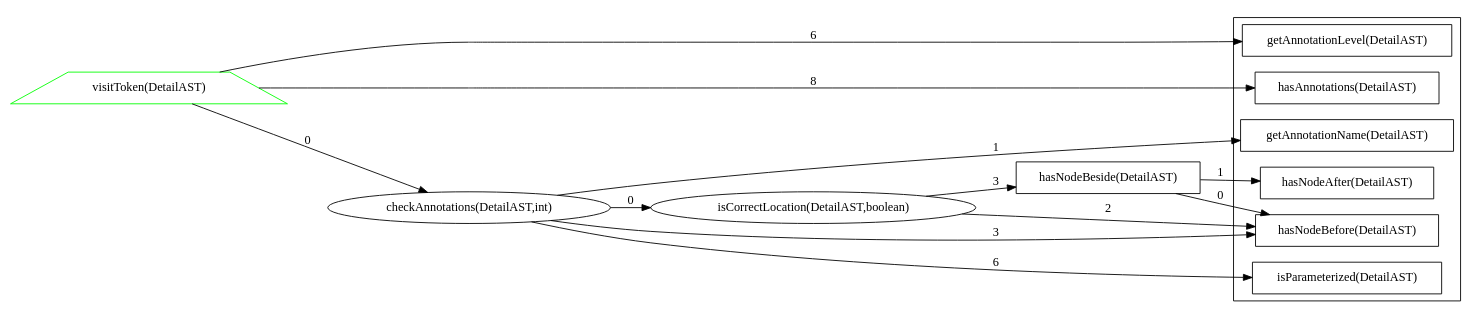
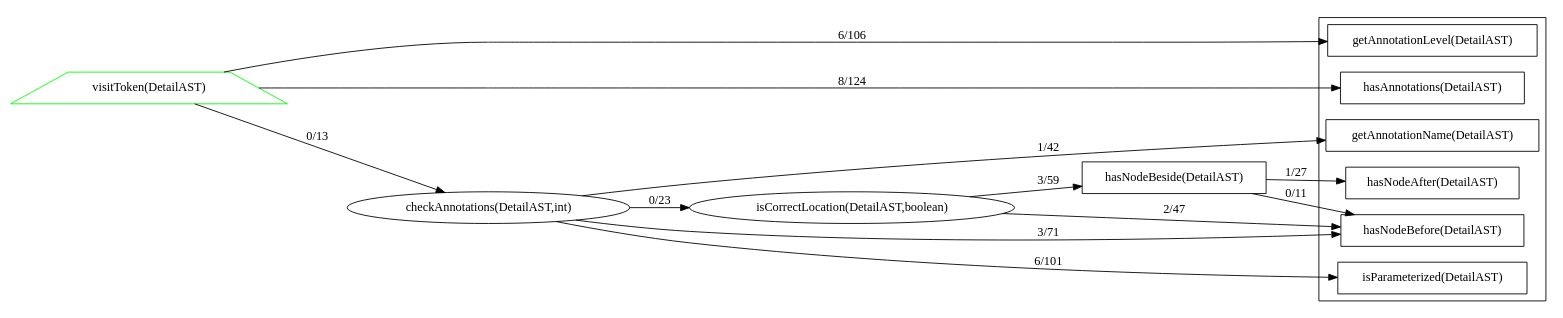
One commit to alex-zuy/alex-zuy.github.io changed the diagram in dot/before_AnnotationLocationCheck.java.dot. Above: the diagram before and after it, drawn with Graphviz. The commit also changed 7 other files, not shown here.

```diff
--- a/dot/before_AnnotationLocationCheck.java.dot
+++ b/dot/before_AnnotationLocationCheck.java.dot
@@ -1,40 +1,40 @@
 digraph dependencies {
 rankdir = "LR";
 subgraph clustersimple {
 "hasNodeBefore(DetailAST)" [ color="#000000ff" shape="polygon" ];
 "getAnnotationLevel(DetailAST)" [ color="#000000ff" shape="polygon" ];
 "isParameterized(DetailAST)" [ color="#000000ff" shape="polygon" ];
 "hasAnnotations(DetailAST)" [ color="#000000ff" shape="polygon" ];
 "getAnnotationName(DetailAST)" [ color="#000000ff" shape="polygon" ];
 "hasNodeAfter(DetailAST)" [ color="#000000ff" shape="polygon" ];
 }
 "hasNodeBeside(DetailAST)" [ color="#000000ff" shape="polygon" ];
 "visitToken(DetailAST)" [ color="#00ff00ff" shape="trapezium" ];
 "checkAnnotations(DetailAST,int)" [ color="#000000ff" ];
 "isCorrectLocation(DetailAST,boolean)" [ color="#000000ff" ];
-"hasNodeBeside(DetailAST)" -> "hasNodeBefore(DetailAST)" [ label="0" ];
-"hasNodeBeside(DetailAST)" -> "hasNodeAfter(DetailAST)" [ label="1" ];
-"visitToken(DetailAST)" -> "getAnnotationLevel(DetailAST)" [ label="6" ];
-"visitToken(DetailAST)" -> "hasAnnotations(DetailAST)" [ label="8" ];
-"visitToken(DetailAST)" -> "checkAnnotations(DetailAST,int)" [ label="0" ];
-"checkAnnotations(DetailAST,int)" -> "hasNodeBefore(DetailAST)" [ label="3" ];
-"checkAnnotations(DetailAST,int)" -> "isParameterized(DetailAST)" [ label="6" ];
-"checkAnnotations(DetailAST,int)" -> "isCorrectLocation(DetailAST,boolean)" [ label="0" ];
-"checkAnnotations(DetailAST,int)" -> "getAnnotationName(DetailAST)" [ label="1" ];
-"isCorrectLocation(DetailAST,boolean)" -> "hasNodeBefore(DetailAST)" [ label="2" ];
-"isCorrectLocation(DetailAST,boolean)" -> "hasNodeBeside(DetailAST)" [ label="3" ];
+"hasNodeBeside(DetailAST)" -> "hasNodeBefore(DetailAST)" [ label="0/11" ];
+"hasNodeBeside(DetailAST)" -> "hasNodeAfter(DetailAST)" [ label="1/27" ];
+"visitToken(DetailAST)" -> "getAnnotationLevel(DetailAST)" [ label="6/106" ];
+"visitToken(DetailAST)" -> "hasAnnotations(DetailAST)" [ label="8/124" ];
+"visitToken(DetailAST)" -> "checkAnnotations(DetailAST,int)" [ label="0/13" ];
+"checkAnnotations(DetailAST,int)" -> "hasNodeBefore(DetailAST)" [ label="3/71" ];
+"checkAnnotations(DetailAST,int)" -> "isParameterized(DetailAST)" [ label="6/101" ];
+"checkAnnotations(DetailAST,int)" -> "isCorrectLocation(DetailAST,boolean)" [ label="0/23" ];
+"checkAnnotations(DetailAST,int)" -> "getAnnotationName(DetailAST)" [ label="1/42" ];
+"isCorrectLocation(DetailAST,boolean)" -> "hasNodeBefore(DetailAST)" [ label="2/47" ];
+"isCorrectLocation(DetailAST,boolean)" -> "hasNodeBeside(DetailAST)" [ label="3/59" ];
 /*
 Legend
 Node border color:
     a) GREEN - public
     b) YELLOW - protected
     c) BLACK - private
     d) BLUE - default
 Node shape:
     if static - rectangle
     otherwise if override - trapezium
     otherwise if overloaded - triangle
     otherwise ellipse
 
 */
 }
```
